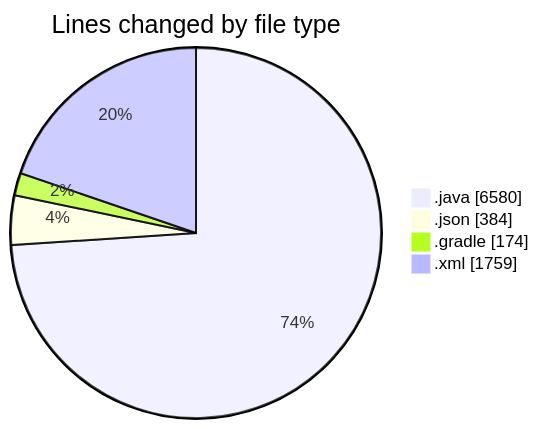
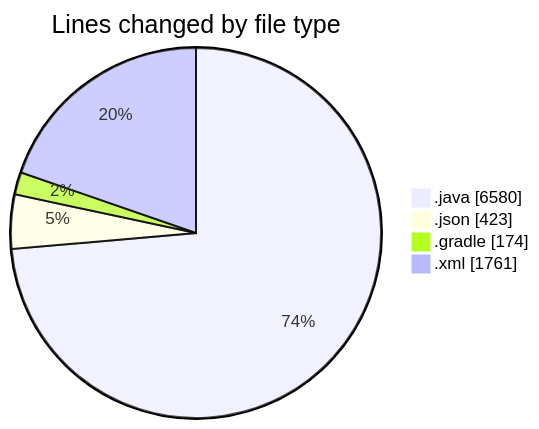
Before and after one commit to charlie-sans/code-tracking: the first of 2 diagrams in 2025-02-22/micros/README.md, drawn with Mermaid. The commit also changed other lines of this file and 1 other file, not shown here.

````diff
--- a/2025-02-22/micros/README.md
+++ b/2025-02-22/micros/README.md
@@ -68,8 +68,8 @@
 ```mermaid
 pie showData
 title Lines changed by file type
 ".java" : 6580
-".json" : 384
+".json" : 423
 ".gradle" : 174
-".xml" : 1759
+".xml" : 1761
 ```
````
